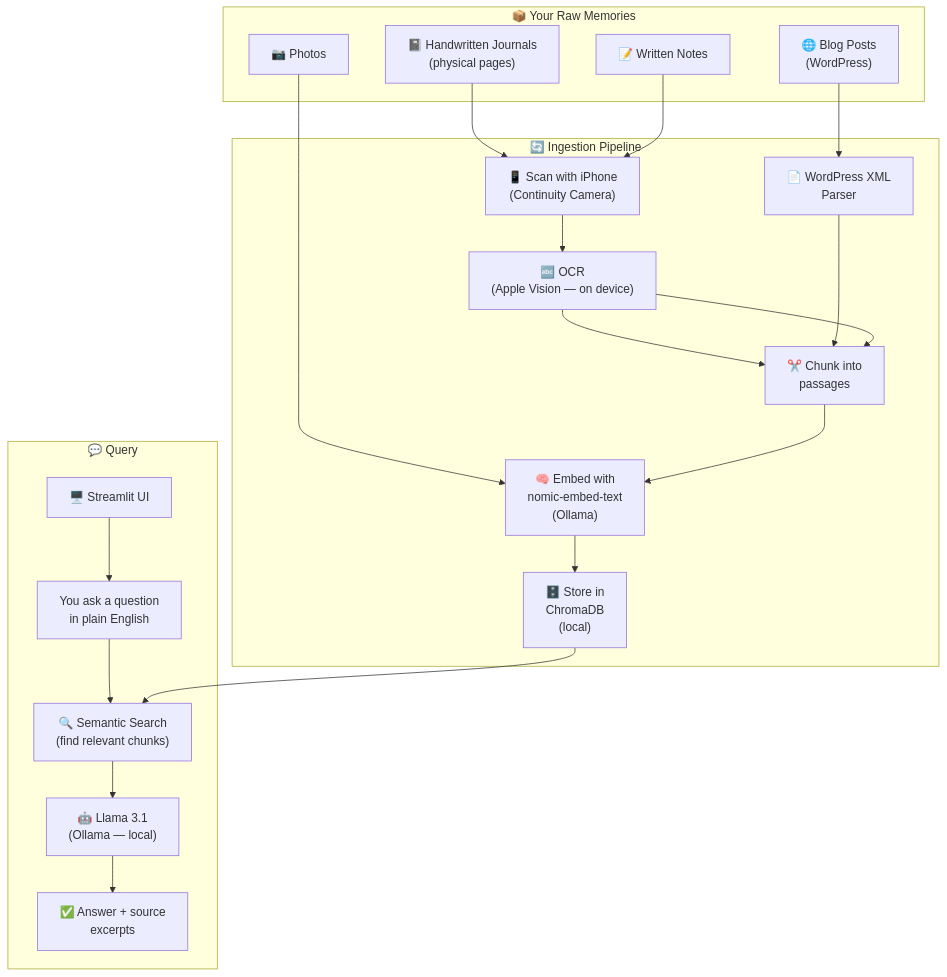
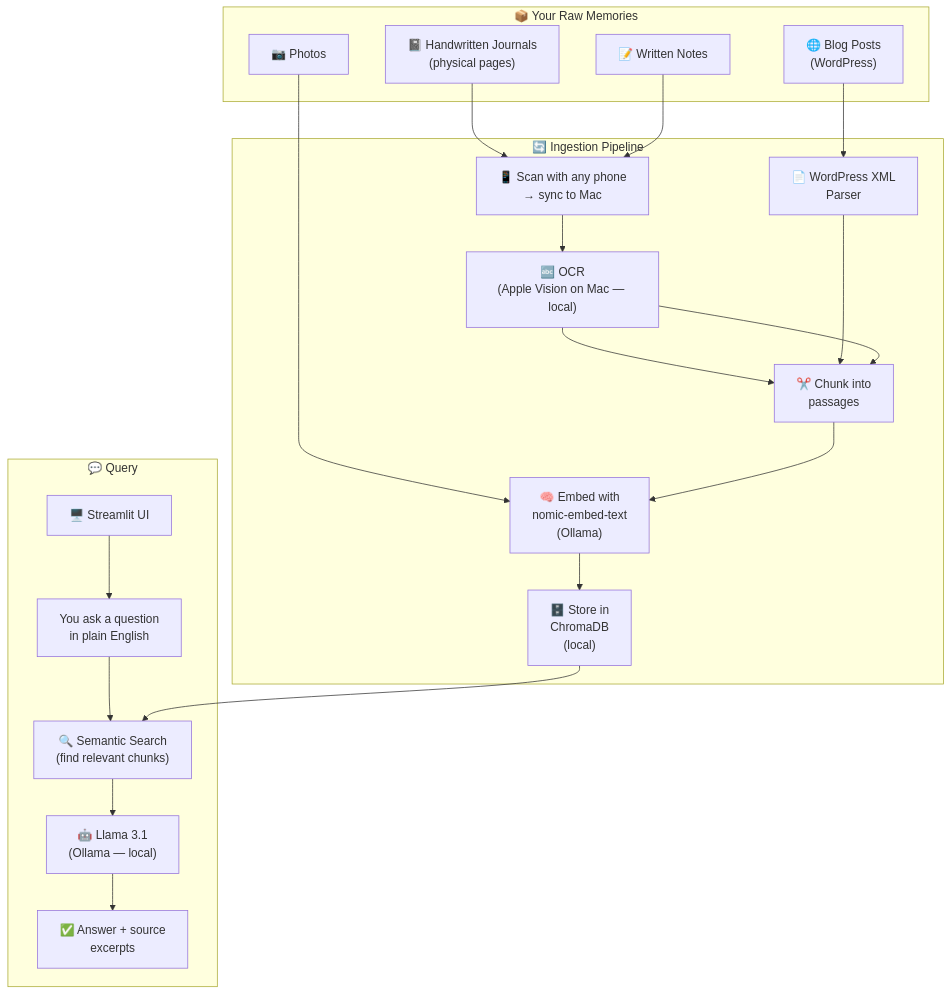
Before and after one commit to praveenkottayi/along-the-memory-lane: the diagram in README.md, drawn with Mermaid. The commit also changed other lines of this file and 1 other file, not shown here.

Commit message:
update readme + vision

````diff
--- a/README.md
+++ b/README.md
@@ -12,36 +12,36 @@
 ```mermaid
 flowchart TD
     subgraph INPUT["📦 Your Raw Memories"]
         J["📓 Handwritten Journals\n(physical pages)"]
         B["🌐 Blog Posts\n(WordPress)"]
         N["📝 Written Notes"]
         P["📷 Photos"]
     end
 
     subgraph INGEST["🔄 Ingestion Pipeline"]
-        SCAN["📱 Scan with iPhone\n(Continuity Camera)"]
-        OCR["🔤 OCR\n(Apple Vision — on device)"]
+        SCAN["📱 Scan with any phone\n→ sync to Mac"]
+        OCR["🔤 OCR\n(Apple Vision on Mac — local)"]
         WP["📄 WordPress XML\nParser"]
         CHUNK["✂️ Chunk into\npassages"]
         EMBED["🧠 Embed with\nnomic-embed-text\n(Ollama)"]
         STORE["🗄️ Store in\nChromaDB\n(local)"]
     end
 
     subgraph QUERY["💬 Query"]
         UI["🖥️ Streamlit UI"]
         Q["You ask a question\nin plain English"]
         RETRIEVE["🔍 Semantic Search\n(find relevant chunks)"]
         LLM["🤖 Llama 3.1\n(Ollama — local)"]
         ANS["✅ Answer + source\nexcerpts"]
     end
 
     J --> SCAN --> OCR --> CHUNK
     N --> SCAN
     B --> WP --> CHUNK
     P --> EMBED
     OCR --> CHUNK
     CHUNK --> EMBED --> STORE
 
     UI --> Q --> RETRIEVE
     STORE --> RETRIEVE --> LLM --> ANS
 ```
````
